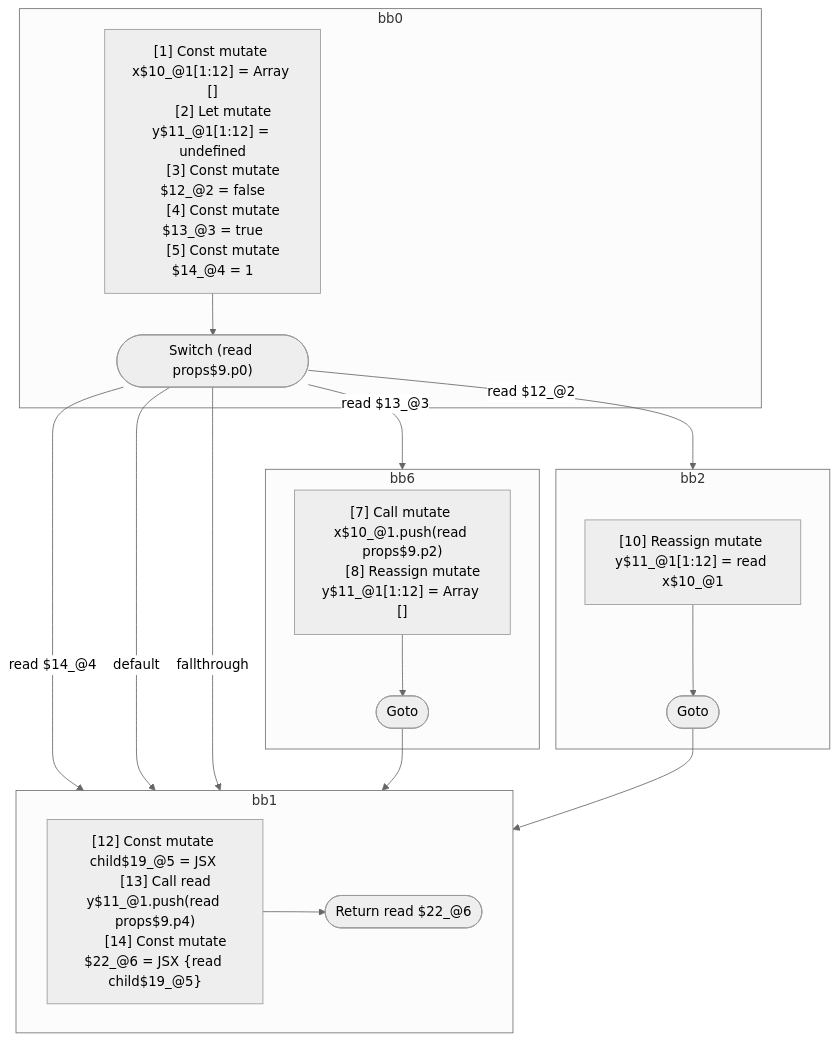
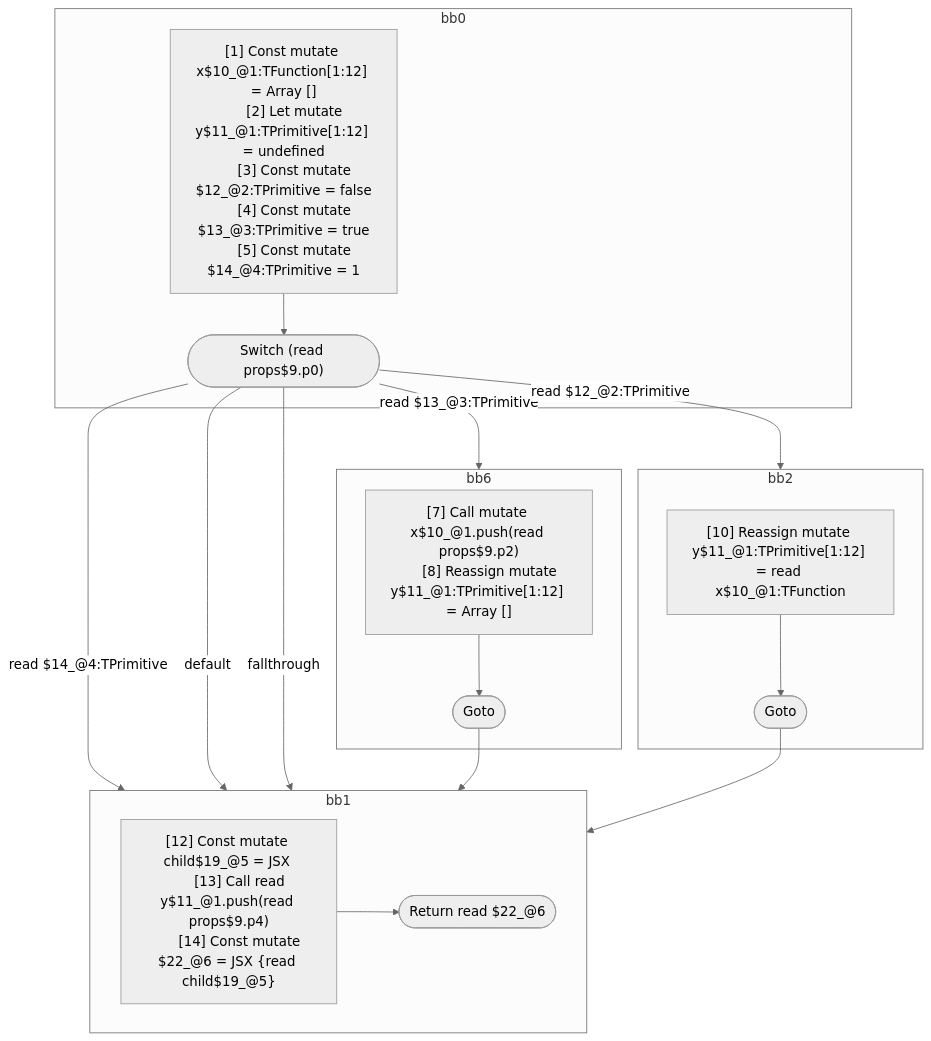
The diagram in compiler/forget/src/__tests__/fixtures/hir/switch-non-final-default.expect.md (wutsmog/private), drawn with Mermaid (neutral theme) before and after one commit. The commit also changed other lines of this file and 112 other files, not shown here.

````diff
--- a/compiler/forget/src/__tests__/fixtures/hir/switch-non-final-default.expect.md
+++ b/compiler/forget/src/__tests__/fixtures/hir/switch-non-final-default.expect.md
@@ -115,45 +115,45 @@
 ```mermaid
 flowchart TB
   %% Basic Blocks
   subgraph bb0
     bb0_instrs["
-      [1] Const mutate x$10_@1[1:12] = Array []
-      [2] Let mutate y$11_@1[1:12] = undefined
-      [3] Const mutate $12_@2 = false
-      [4] Const mutate $13_@3 = true
-      [5] Const mutate $14_@4 = 1
+      [1] Const mutate x$10_@1:TFunction[1:12] = Array []
+      [2] Let mutate y$11_@1:TPrimitive[1:12] = undefined
+      [3] Const mutate $12_@2:TPrimitive = false
+      [4] Const mutate $13_@3:TPrimitive = true
+      [5] Const mutate $14_@4:TPrimitive = 1
     "]
     bb0_instrs --> bb0_terminal(["Switch (read props$9.p0)"])
   end
   subgraph bb6
     bb6_instrs["
       [7] Call mutate x$10_@1.push(read props$9.p2)
-      [8] Reassign mutate y$11_@1[1:12] = Array []
+      [8] Reassign mutate y$11_@1:TPrimitive[1:12] = Array []
     "]
     bb6_instrs --> bb6_terminal(["Goto"])
   end
   subgraph bb2
     bb2_instrs["
-      [10] Reassign mutate y$11_@1[1:12] = read x$10_@1
+      [10] Reassign mutate y$11_@1:TPrimitive[1:12] = read x$10_@1:TFunction
     "]
     bb2_instrs --> bb2_terminal(["Goto"])
   end
   subgraph bb1
     bb1_instrs["
-      [12] Const mutate child$19_@5 = JSX <read Component$0 data={freeze x$10_@1} ></read Component$0>
+      [12] Const mutate child$19_@5 = JSX <read Component$0 data={freeze x$10_@1:TFunction} ></read Component$0>
       [13] Call read y$11_@1.push(read props$9.p4)
-      [14] Const mutate $22_@6 = JSX <read Component$0 data={freeze y$11_@1} >{read child$19_@5}</read Component$0>
+      [14] Const mutate $22_@6 = JSX <read Component$0 data={freeze y$11_@1:TPrimitive} >{read child$19_@5}</read Component$0>
     "]
     bb1_instrs --> bb1_terminal(["Return read $22_@6"])
   end
 
   %% Jumps
-  bb0_terminal -- "read $14_@4" --> bb1
-  bb0_terminal -- "read $13_@3" --> bb6
+  bb0_terminal -- "read $14_@4:TPrimitive" --> bb1
+  bb0_terminal -- "read $13_@3:TPrimitive" --> bb6
   bb0_terminal -- "default" --> bb1
-  bb0_terminal -- "read $12_@2" --> bb2
+  bb0_terminal -- "read $12_@2:TPrimitive" --> bb2
   bb0_terminal -- "fallthrough" --> bb1
   bb6_terminal --> bb1
   bb2_terminal --> bb1
 
 ```
````
